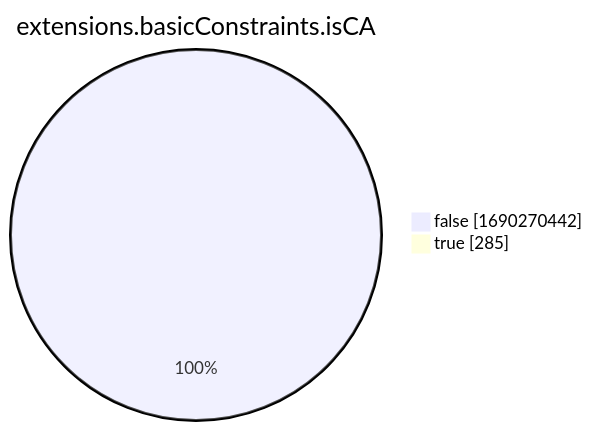
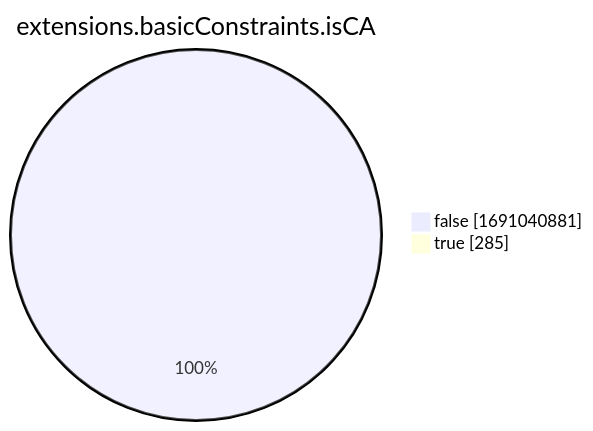
Before and after one commit to christiankrug/ctmonitor_visualization: the eighth of 15 diagrams in xenon2022/README.md, drawn with Mermaid. The commit also changed other lines of this file, not shown here.

````diff
--- a/xenon2022/README.md
+++ b/xenon2022/README.md
@@ -2865,6 +2865,6 @@
 ```mermaid
 pie showData
 title extensions.basicConstraints.isCA
-"false" :1690270442
+"false" :1691040881
 "true" :285
 ```
````
